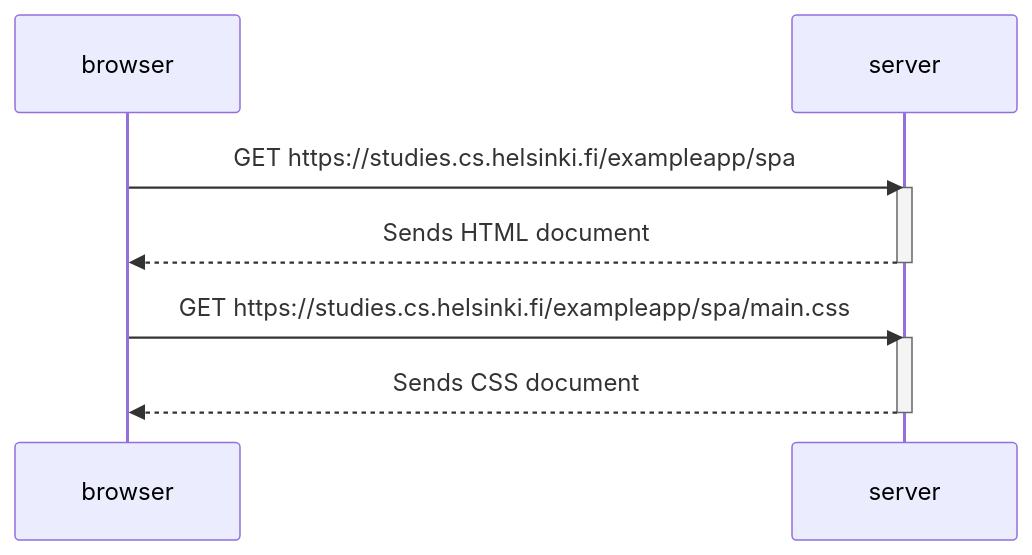
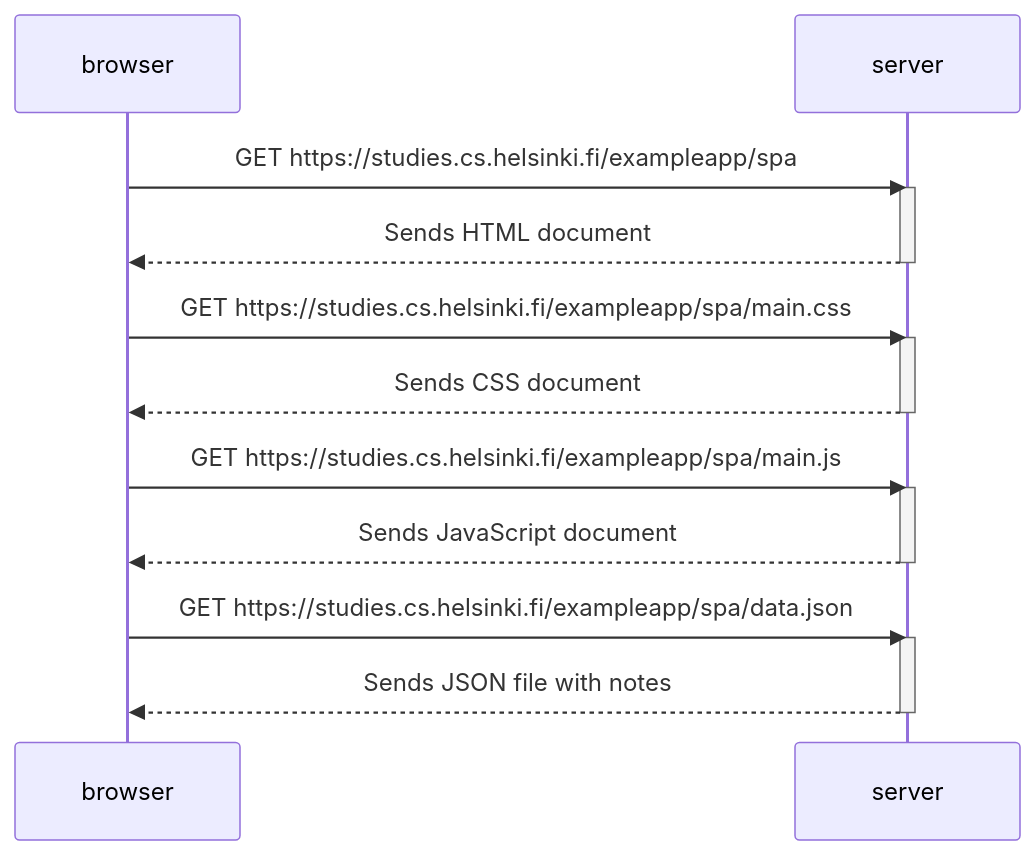
The diagram in Part0/0.5: Single page app diagram.md (early-dew/FullStackOpen), drawn with Mermaid before and after one commit.

Commit message:
Update 0.5: Single page app diagram.md

````diff
--- a/Part0/0.5: Single page app diagram.md
+++ b/Part0/0.5: Single page app diagram.md
@@ -1,13 +1,21 @@
 ```mermaid
 sequenceDiagram
  participant browser
  participant server
  browser->>server: GET https://studies.cs.helsinki.fi/exampleapp/spa
  activate server
  server-->>browser: Sends HTML document
  deactivate server
  browser->>server: GET https://studies.cs.helsinki.fi/exampleapp/spa/main.css
  activate server
  server-->>browser: Sends CSS document
  deactivate server
+ browser->>server: GET https://studies.cs.helsinki.fi/exampleapp/spa/main.js
+ activate server
+ server-->>browser: Sends JavaScript document
+ deactivate server
+ browser->>server: GET https://studies.cs.helsinki.fi/exampleapp/spa/data.json
+ activate server
+ server-->>browser: Sends JSON file with notes
+ deactivate server
 ```
````
